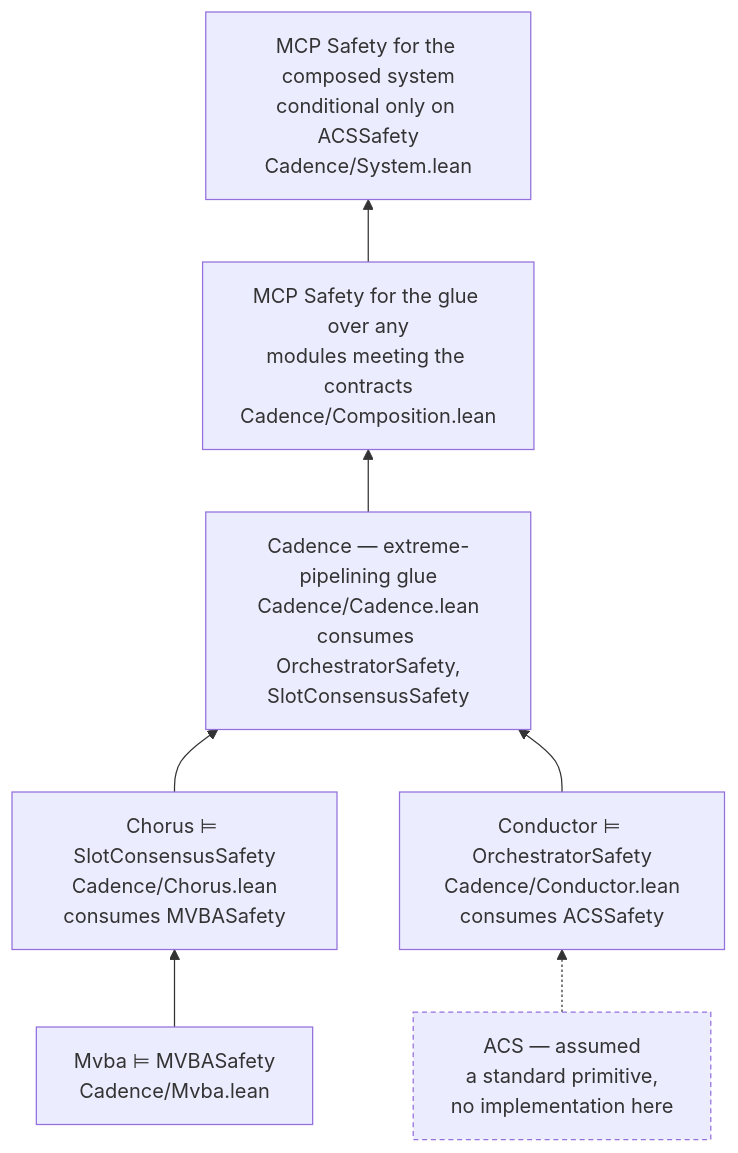
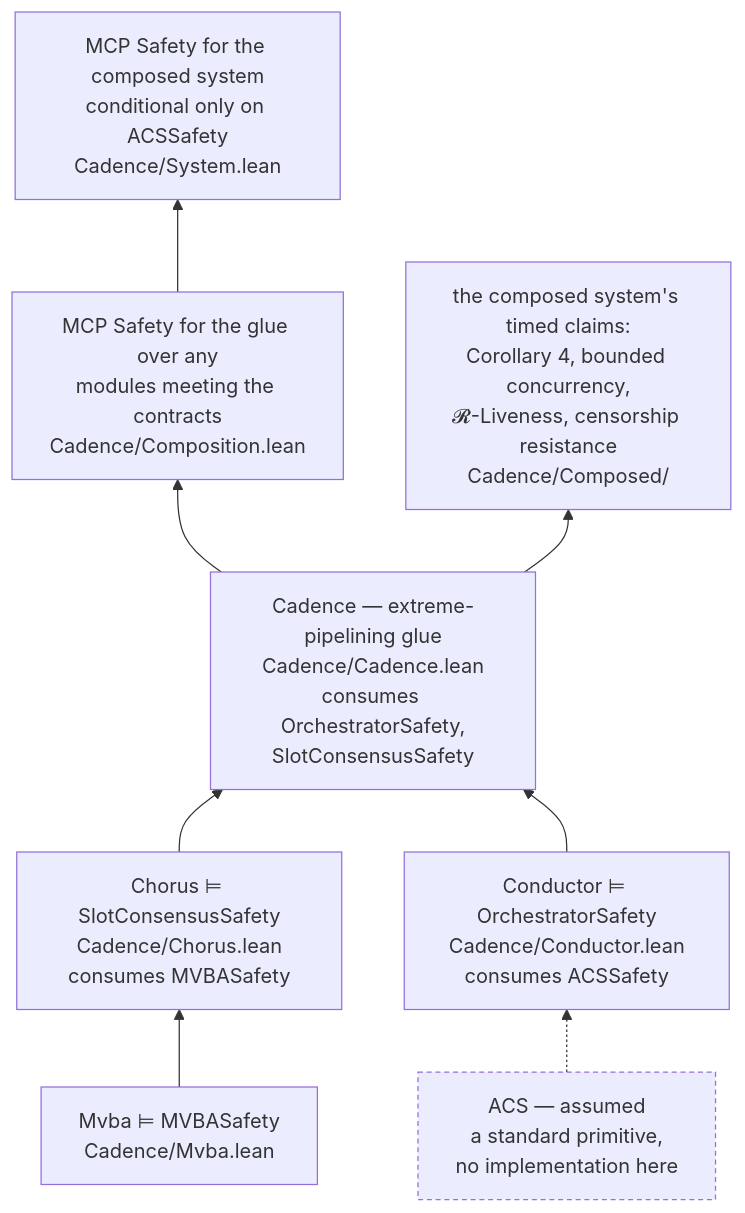
The first of 2 diagrams in README.md (larskuhtz/cadence), drawn with Mermaid before and after one commit. The commit also changed 3 other files, not shown here.

````diff
--- a/README.md
+++ b/README.md
@@ -41,20 +41,22 @@
 ```mermaid
 flowchart BT
     MVBA["Mvba ⊨ MVBASafety<br/>Cadence/Mvba.lean"]
     ACS["ACS — assumed<br/>a standard primitive,<br/>no implementation here"]
     CHOR["Chorus ⊨ SlotConsensusSafety<br/>Cadence/Chorus.lean<br/>consumes MVBASafety"]
     COND["Conductor ⊨ OrchestratorSafety<br/>Cadence/Conductor.lean<br/>consumes ACSSafety"]
     GLUE["Cadence — extreme-pipelining glue<br/>Cadence/Cadence.lean<br/>consumes OrchestratorSafety,<br/>SlotConsensusSafety"]
     POS["MCP Safety for the glue over any<br/>modules meeting the contracts<br/>Cadence/Composition.lean"]
     SYS["MCP Safety for the composed system<br/>conditional only on ACSSafety<br/>Cadence/System.lean"]
+    TIMED["the composed system's timed claims:<br/>Corollary 4, bounded concurrency,<br/>𝓡-Liveness, censorship resistance<br/>Cadence/Composed/"]
 
     MVBA --> CHOR
     ACS -.-> COND
     CHOR --> GLUE
     COND --> GLUE
     GLUE --> POS
     POS --> SYS
+    GLUE --> TIMED
 
     classDef assumed stroke-dasharray:4 3
     class ACS assumed
 ```
````
